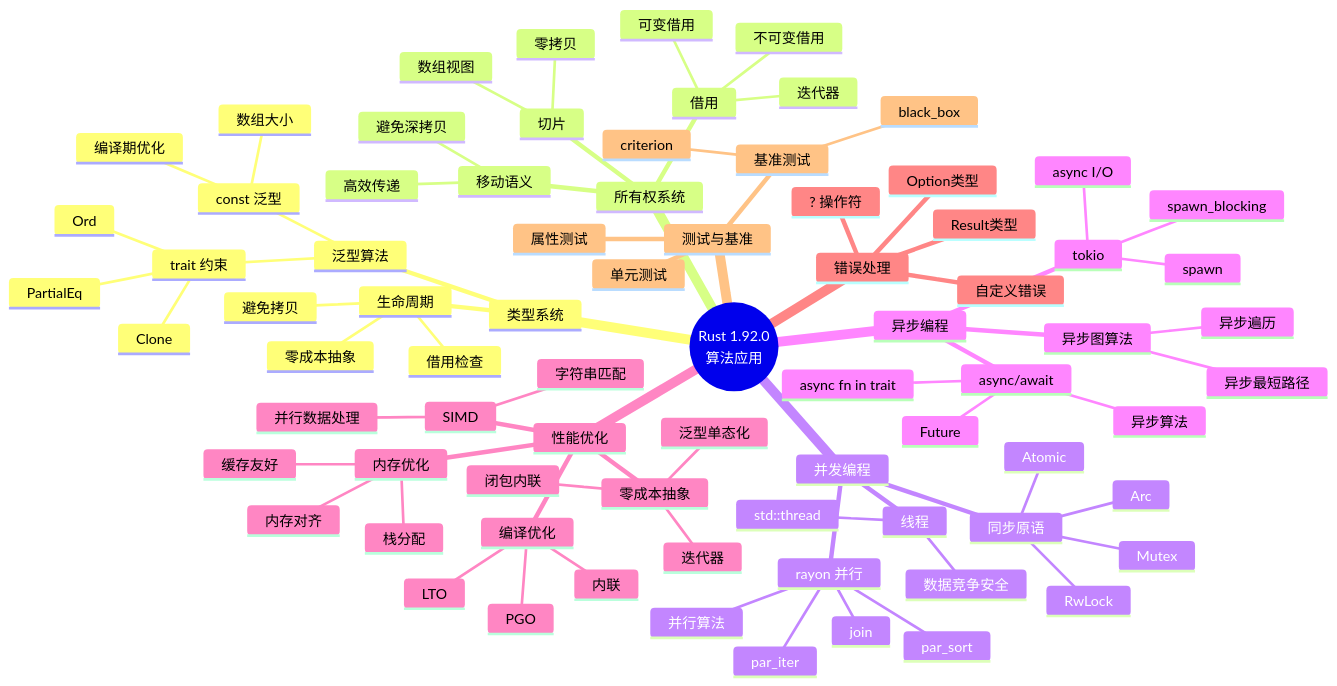
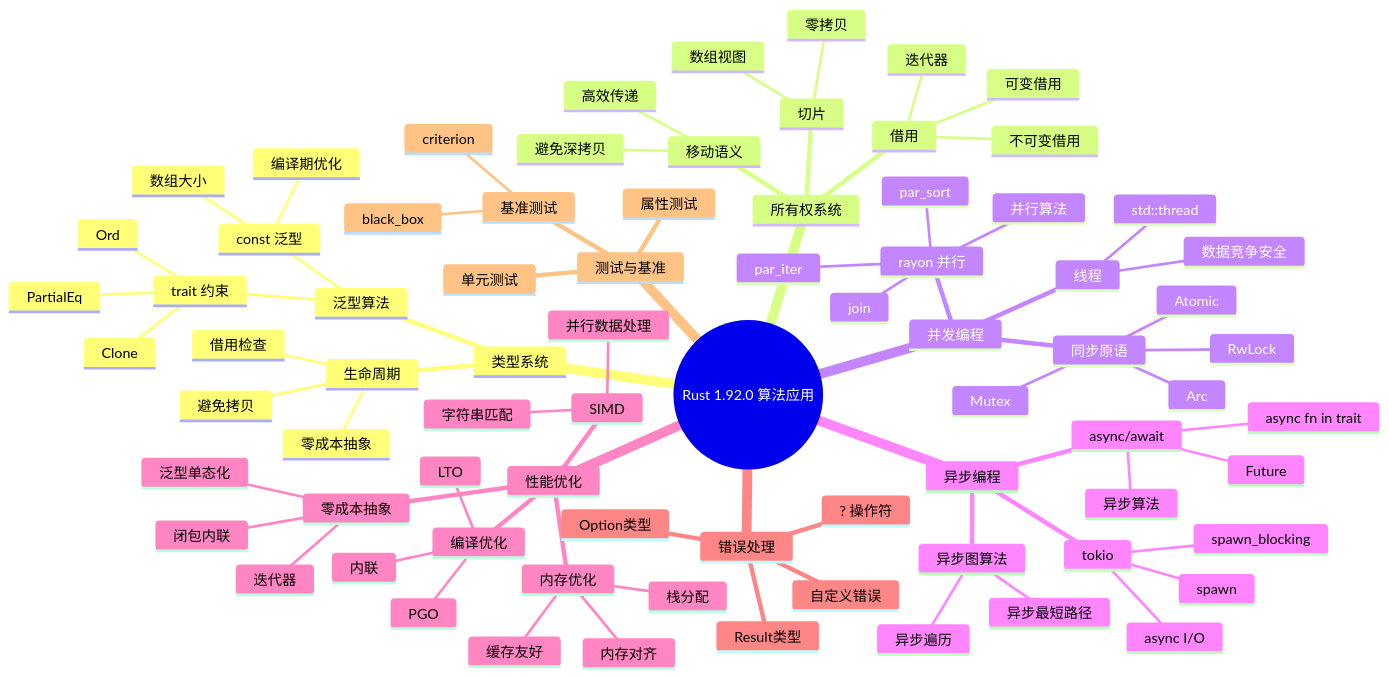
Before and after one commit to martin-ly/rust-lang: the eighth of 12 diagrams in crates/c08_algorithms/docs/MIND_MAP.md, drawn with Mermaid. The commit also changed other lines of this file and 42 other files, not shown here.

````diff
--- a/crates/c08_algorithms/docs/MIND_MAP.md
+++ b/crates/c08_algorithms/docs/MIND_MAP.md
@@ -769,6 +769,6 @@
 ```mermaid
 mindmap
-  root((Rust 1.92.0<br/>算法应用))
+  root((Rust 1.92.0 算法应用))
     类型系统
       泛型算法
         trait 约束
````
